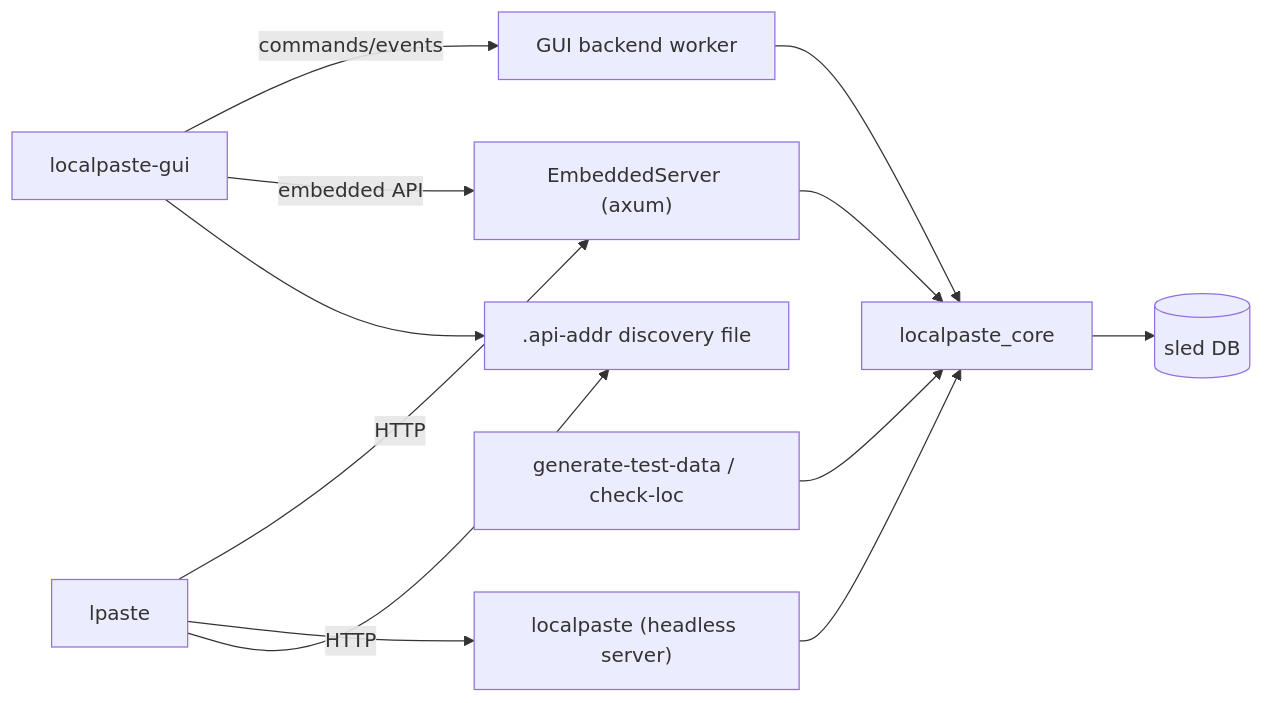
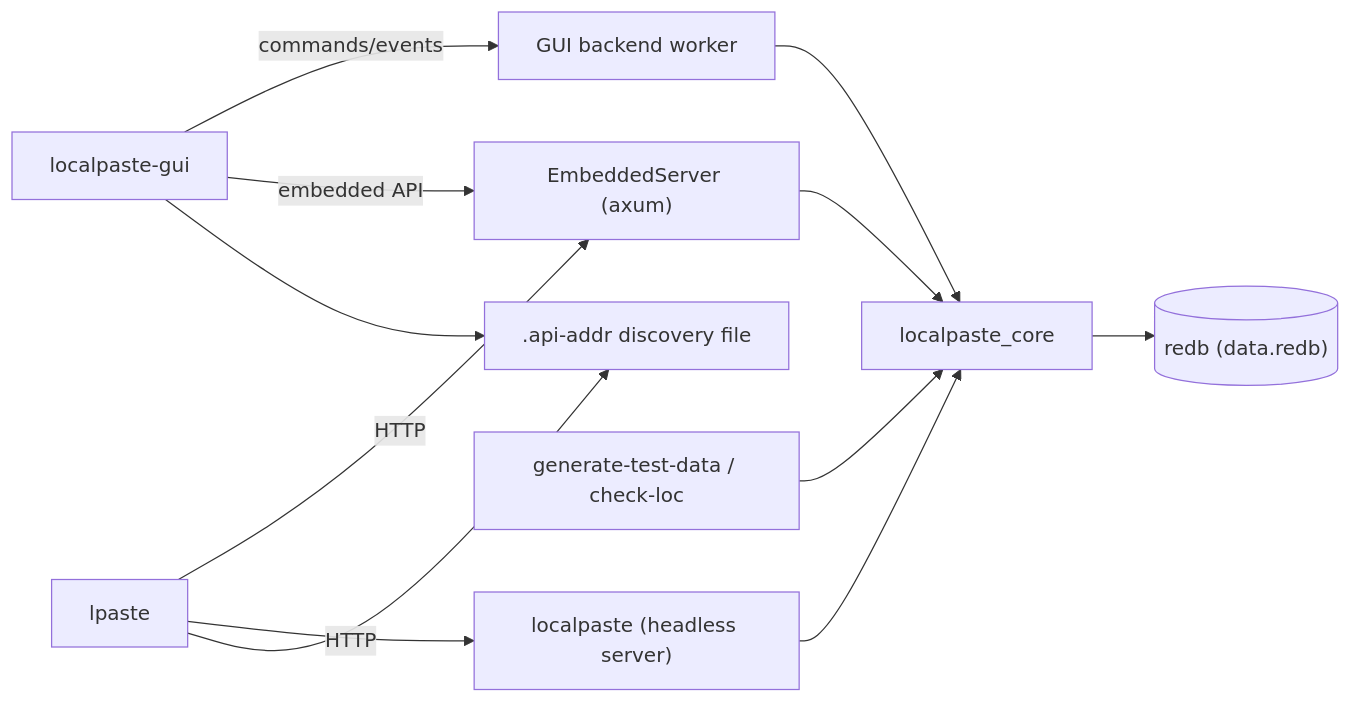
The first of 4 diagrams in docs/architecture.md (pszemraj/localpaste.rs), drawn with Mermaid before and after one commit. The commit also changed other lines of this file and 47 other files, not shown here.

First line of the commit message:
sled -> redb Migration (#11)

````diff
--- a/docs/architecture.md
+++ b/docs/architecture.md
@@ -25,14 +26,14 @@
 ```mermaid
 flowchart LR
     GUI["localpaste-gui"] -->|"commands/events"| GUIB["GUI backend worker"]
     GUI -->|"embedded API"| ES["EmbeddedServer (axum)"]
     CLI["lpaste"] -->|"HTTP"| ES
     CLI -->|"HTTP"| HS["localpaste (headless server)"]
     TOOLS["generate-test-data / check-loc"] --> CORE["localpaste_core"]
     ES --> CORE
     HS --> CORE
     GUIB --> CORE
-    CORE --> DB[("sled DB")]
+    CORE --> DB[("redb (data.redb)")]
     GUI --> DISC[".api-addr discovery file"]
     CLI --> DISC
 ```
````
